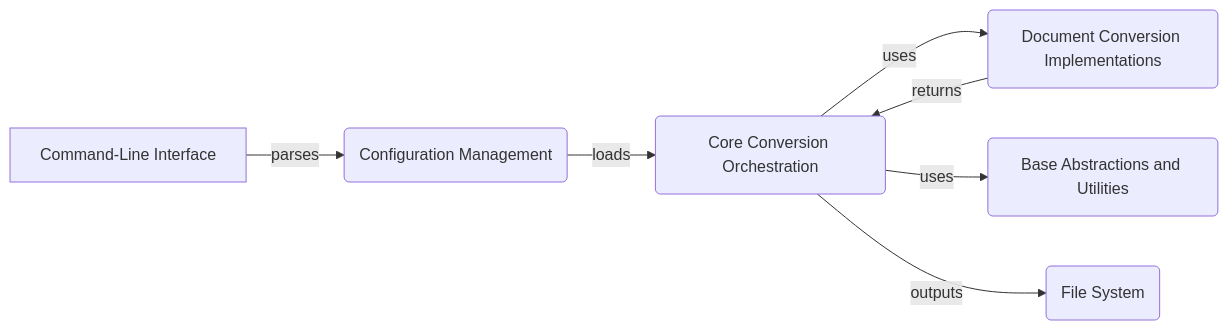
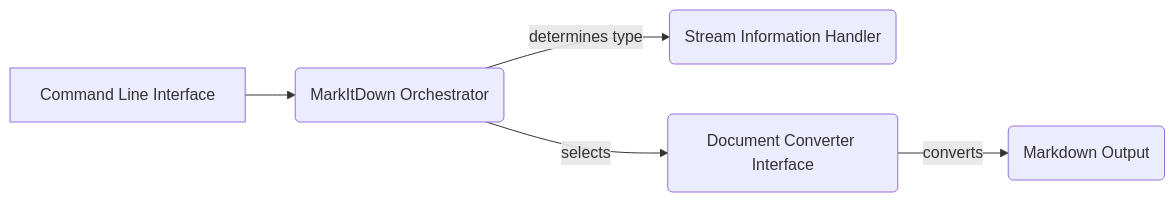
The diagram in markitdown/on_boarding.md (CodeBoarding/GeneratedOnBoardings), drawn with Mermaid before and after one commit. The commit also changed other lines of this file and 10 other files, not shown here.

````diff
--- a/markitdown/on_boarding.md
+++ b/markitdown/on_boarding.md
@@ -9,9 +9,7 @@
 ```mermaid
 graph LR
-    A[Command-Line Interface] -- parses --> B(Configuration Management)
-    B -- loads --> C(Core Conversion Orchestration)
-    C -- uses --> D(Document Conversion Implementations)
-    C -- uses --> E(Base Abstractions and Utilities)
-    D -- returns --> C
-    C -- outputs --> F(File System)
+    CLI[Command Line Interface] --> MarkItDown(MarkItDown Orchestrator)
+    MarkItDown -- determines type --> StreamInfo(Stream Information Handler)
+    MarkItDown -- selects --> DocumentConverter(Document Converter Interface)
+    DocumentConverter -- converts --> Markdown(Markdown Output)
 ```
````
